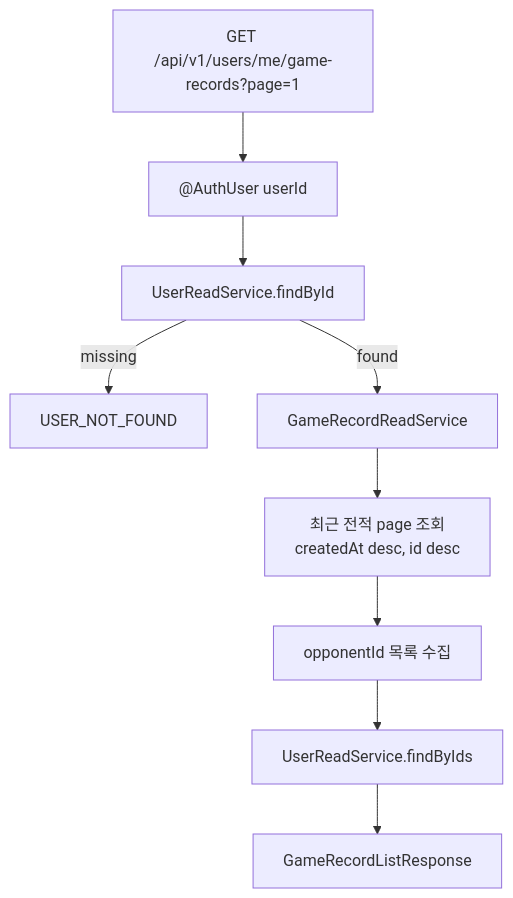
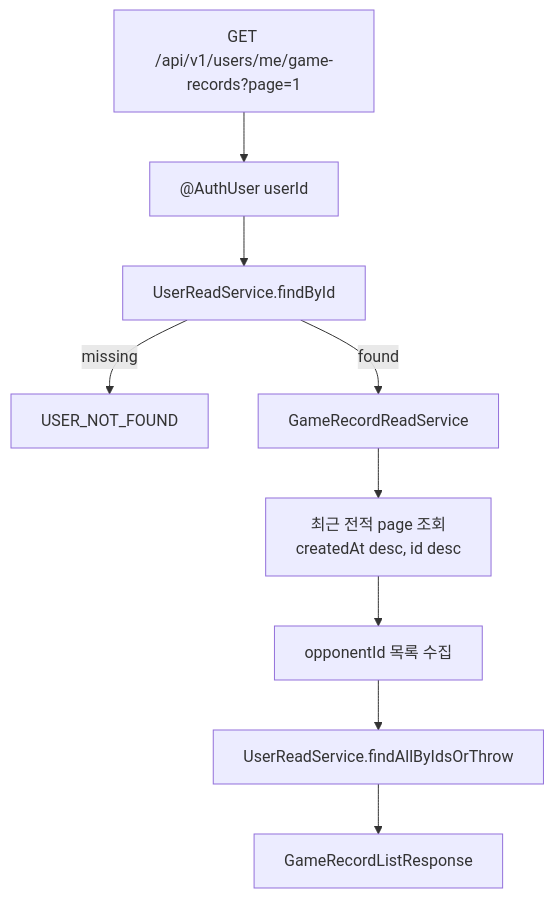
The first of 2 diagrams in docs/antigravity/backend/issue-114-my-game-records-api.md (moonwhistle/League-of-Star), drawn with Mermaid before and after one commit. The commit also changed other lines of this file and 15 other files, not shown here.

````diff
--- a/docs/antigravity/backend/issue-114-my-game-records-api.md
+++ b/docs/antigravity/backend/issue-114-my-game-records-api.md
@@ -9,11 +9,11 @@
 ```mermaid
 flowchart TD
     A["GET /api/v1/users/me/game-records?page=1"] --> B["@AuthUser userId"]
     B --> C["UserReadService.findById"]
     C -->|missing| D["USER_NOT_FOUND"]
     C -->|found| E["GameRecordReadService"]
     E --> F["최근 전적 page 조회<br/>createdAt desc, id desc"]
     F --> G["opponentId 목록 수집"]
-    G --> H["UserReadService.findByIds"]
+    G --> H["UserReadService.findAllByIdsOrThrow"]
     H --> I["GameRecordListResponse"]
 ```
````
